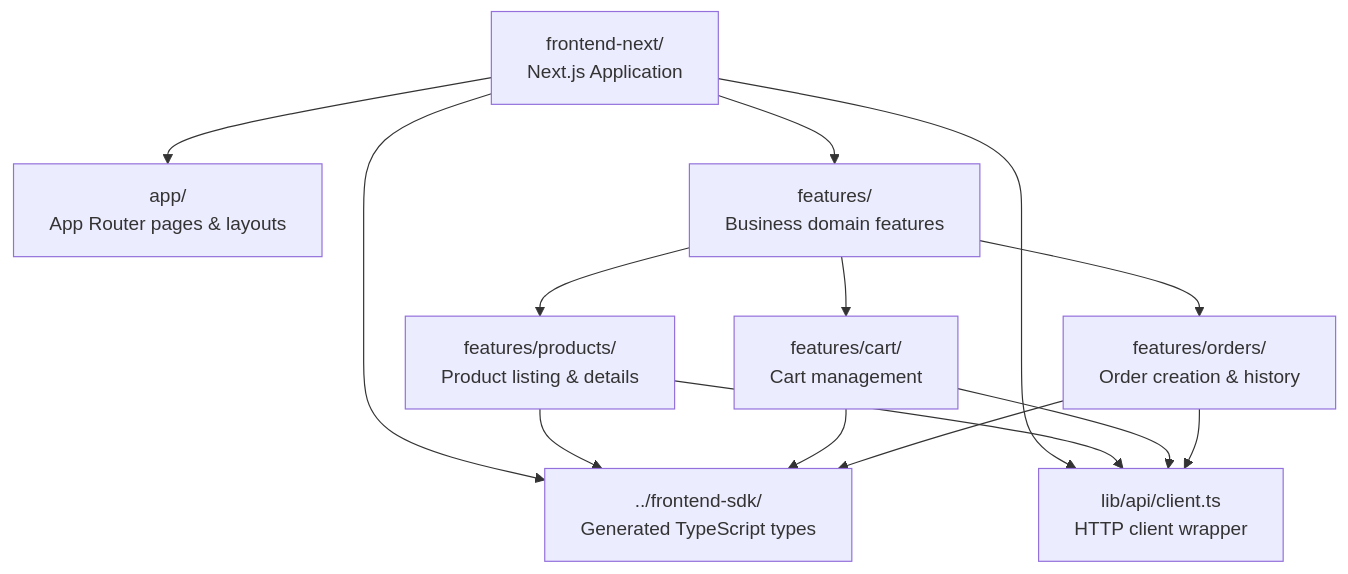
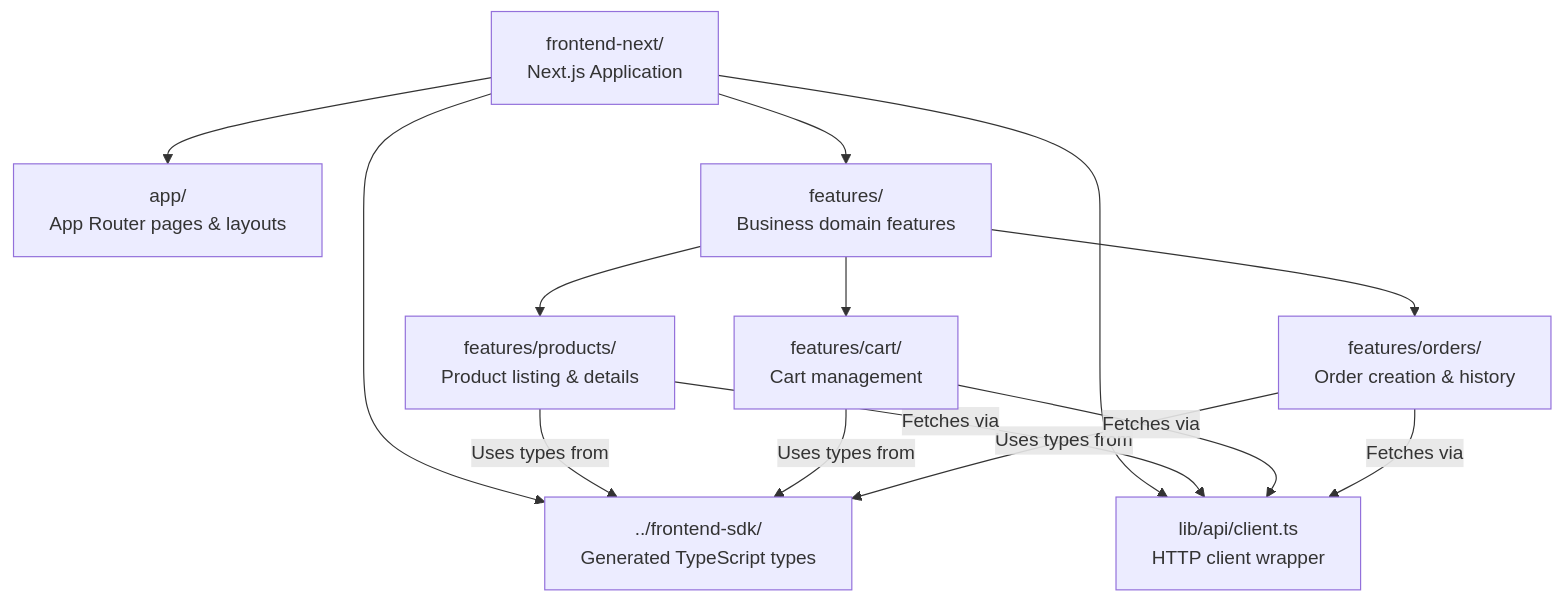
One commit to philipz/spring-modular-monolith changed the third of 4 diagrams in docs/deepwiki/Web-Interface-and-Thymeleaf-Templates.md. Above: the diagram before and after it, drawn with Mermaid. The commit also changed other lines of this file and 55 other files, not shown here.

````diff
--- a/docs/deepwiki/Web-Interface-and-Thymeleaf-Templates.md
+++ b/docs/deepwiki/Web-Interface-and-Thymeleaf-Templates.md
@@ -152,26 +152,26 @@
 ```mermaid
 flowchart TD
 
 FrontendNext["frontend-next/<br>Next.js Application"]
 AppRouter["app/<br>App Router pages & layouts"]
 Features["features/<br>Business domain features"]
 LibApi["lib/api/client.ts<br>HTTP client wrapper"]
 SDK["../frontend-sdk/<br>Generated TypeScript types"]
 ProductFeature["features/products/<br>Product listing & details"]
 CartFeature["features/cart/<br>Cart management"]
 OrdersFeature["features/orders/<br>Order creation & history"]
 
 FrontendNext --> AppRouter
 FrontendNext --> Features
 FrontendNext --> LibApi
 FrontendNext --> SDK
 Features --> ProductFeature
 Features --> CartFeature
 Features --> OrdersFeature
-ProductFeature --> SDK
-CartFeature --> SDK
-OrdersFeature --> SDK
-ProductFeature --> LibApi
-CartFeature --> LibApi
-OrdersFeature --> LibApi
+ProductFeature -->|"Uses types from"| SDK
+CartFeature -->|"Uses types from"| SDK
+OrdersFeature -->|"Uses types from"| SDK
+ProductFeature -->|"Fetches via"| LibApi
+CartFeature -->|"Fetches via"| LibApi
+OrdersFeature -->|"Fetches via"| LibApi
 ```
````
